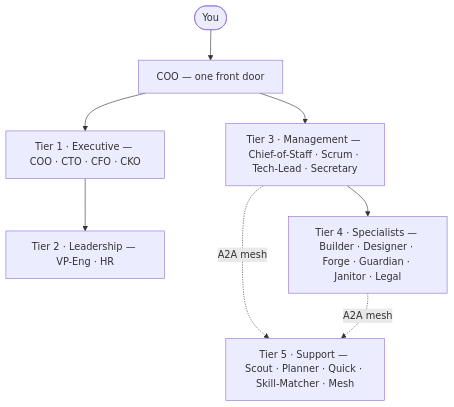
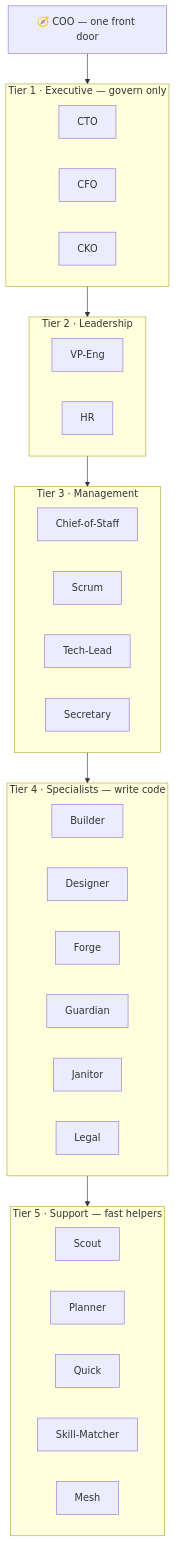
Before and after one commit to anrcy/LeRoy-HQ: the diagram in README.md, drawn with Mermaid.

Commit message:
Rebuild org-chart diagram as a strict top-down tier pyramid
Previous version branched COO into two separate paths (T1 and T3),
which rendered as a confusing left/right split instead of a
hierarchy. Each tier is now a single subgraph, one arrow per level,
straight down.

````diff
--- a/README.md
+++ b/README.md
@@ -270,10 +270,49 @@
 ```mermaid
 flowchart TD
-    User(["You"]) --> COO["COO — one front door"]
-    COO --> T1["Tier 1 · Executive — COO · CTO · CFO · CKO"]
-    COO --> T3["Tier 3 · Management — Chief-of-Staff · Scrum · Tech-Lead · Secretary"]
-    T1 --> T2["Tier 2 · Leadership — VP-Eng · HR"]
-    T3 --> T4["Tier 4 · Specialists — Builder · Designer · Forge · Guardian · Janitor · Legal"]
-    T3 -.A2A mesh.-> T5["Tier 5 · Support — Scout · Planner · Quick · Skill-Matcher · Mesh"]
-    T4 -.A2A mesh.-> T5
+    COO["🧭 COO — one front door"]
+
+    COO --> T1
+    subgraph T1["Tier 1 · Executive — govern only"]
+        direction LR
+        CTO["CTO"]
+        CFO["CFO"]
+        CKO["CKO"]
+    end
+
+    T1 --> T2
+    subgraph T2["Tier 2 · Leadership"]
+        direction LR
+        VPE["VP-Eng"]
+        HR["HR"]
+    end
+
+    T2 --> T3
+    subgraph T3["Tier 3 · Management"]
+        direction LR
+        COS["Chief-of-Staff"]
+        SCR["Scrum"]
+        TL["Tech-Lead"]
+        SEC["Secretary"]
+    end
+
+    T3 --> T4
+    subgraph T4["Tier 4 · Specialists — write code"]
+        direction LR
+        BLD["Builder"]
+        DSN["Designer"]
+        FRG["Forge"]
+        GRD["Guardian"]
+        JAN["Janitor"]
+        LGL["Legal"]
+    end
+
+    T4 --> T5
+    subgraph T5["Tier 5 · Support — fast helpers"]
+        direction LR
+        SCT["Scout"]
+        PLN["Planner"]
+        QCK["Quick"]
+        SKM["Skill-Matcher"]
+        MSH["Mesh"]
+    end
 ```
````
